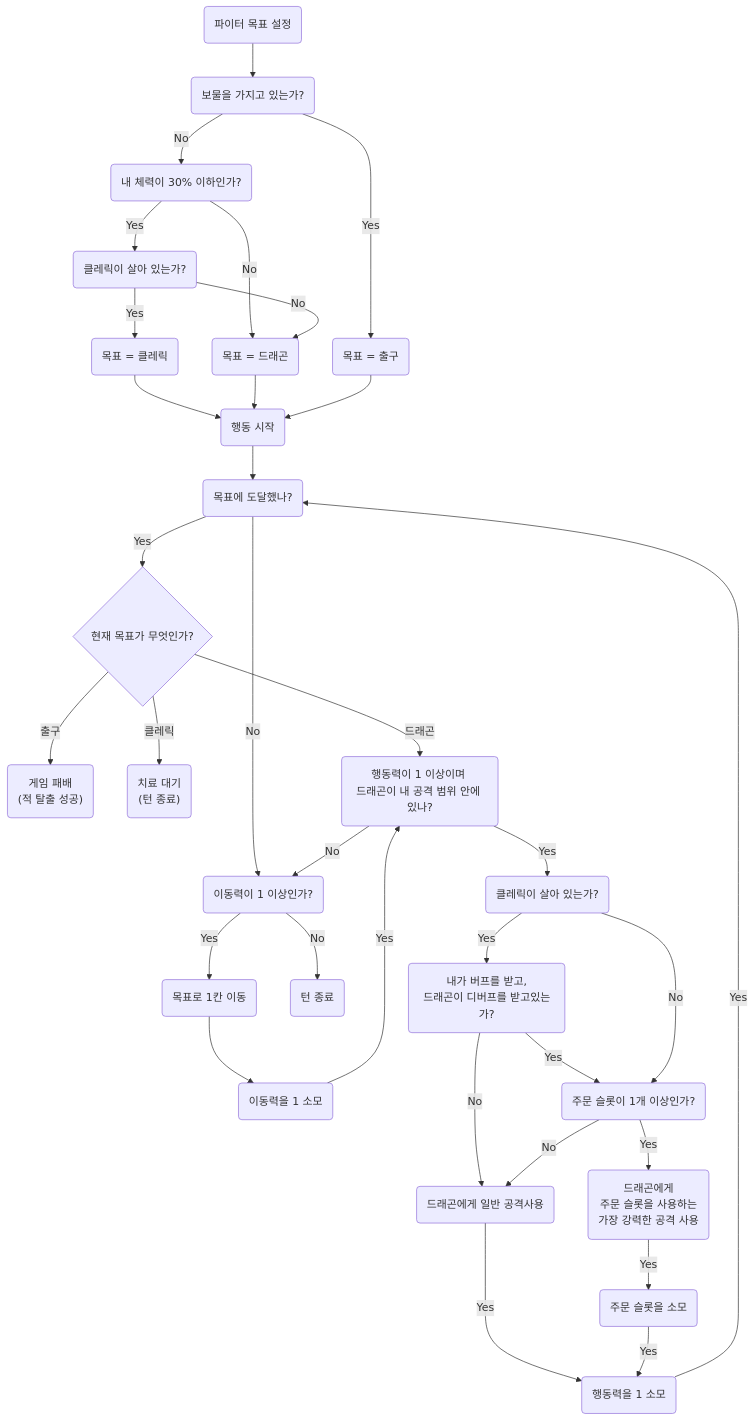
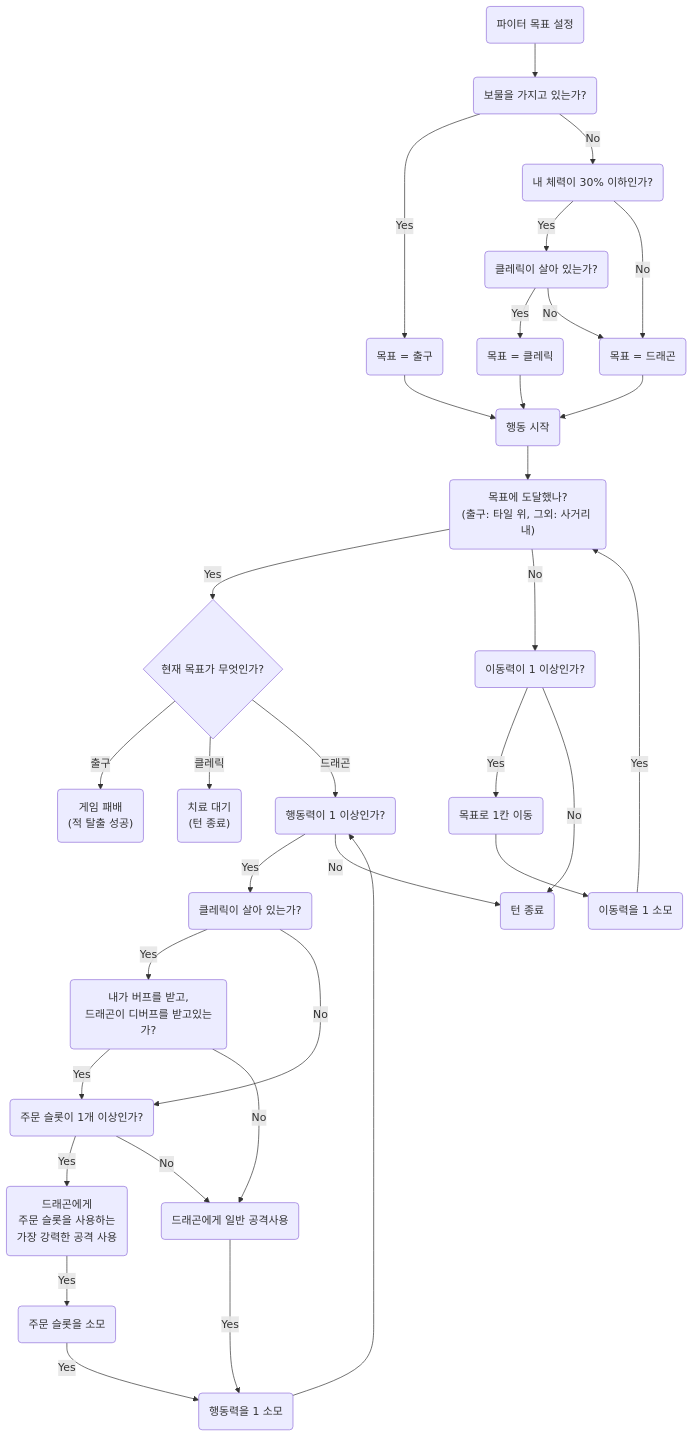
One commit to taekyung00/CodePistols_DragonicTactics changed the diagram in architecture/character_flowchart/fighter.mmd. Above: the diagram before and after it, drawn with Mermaid. The commit also changed 1 other file, not shown here.

```diff
--- a/architecture/character_flowchart/fighter.mmd
+++ b/architecture/character_flowchart/fighter.mmd
@@ -1,54 +1,53 @@
 flowchart TD
     %% Nodes for fighter
         SettingTarget("파이터 목표 설정")
         SettingTarget                                   --> AreWeInDanger("보물을 가지고 있는가?")
         
         AreWeInDanger--"Yes"                            --> TargetExit("목표 = 출구")
         AreWeInDanger--"No"                             --> AmIInDanger("내 체력이 30% 이하인가?")
         
         AmIInDanger--"Yes"                              --> IsClericAlive("클레릭이 살아 있는가?")
         AmIInDanger--"No"                               --> TargetDragon("목표 = 드래곤")
         
         IsClericAlive--"Yes"                            --> TargetCleric("목표 = 클레릭")
         IsClericAlive--"No"                             --> TargetDragon("목표 = 드래곤")
         
         
         TargetCleric                                    --> MoveStart("행동 시작")
         TargetDragon                                    --> MoveStart("행동 시작")
         TargetExit                                      --> MoveStart("행동 시작")
 
         MoveStart                                       --> AmIOnTarget("목표에 도달했나?<br>(출구: 타일 위, 그외: 사거리 내)")
 
         AmIOnTarget--"Yes"                              --> CheckTargetType{"현재 목표가 무엇인가?"}
         
         CheckTargetType--"출구"                         --> GameOver("게임 패배<br>(적 탈출 성공)")
         CheckTargetType--"클레릭"                       --> WaitHeal("치료 대기<br>(턴 종료)")
-        CheckTargetType--"드래곤"                       --> CanIAttack("행동력이 1 이상이며 <br>드래곤이 내 공격 범위 안에 있나?")
+        CheckTargetType--"드래곤"                       --> CanIAttack("행동력이 1 이상인가?")
 
         AmIOnTarget--"No"                               --> CanIMove("이동력이 1 이상인가?")
 
         CanIMove--"Yes"                                 --> MoveToTarget("목표로 1칸 이동")
         CanIMove--"No"                                  --> TurnEnd("턴 종료")
         MoveToTarget                                    --> DecreaseMovePoint("이동력을 1 소모")
 
         CanIAttack--"Yes"                               --> IsClericAlive2("클레릭이 살아 있는가?")
-        CanIAttack--"No"                                --> CanIMove("이동력이 1 이상인가?")
-        
+        CanIAttack--"No"                                --> TurnEnd("턴 종료")
         
         IsClericAlive2--"Yes<br>"                       --> DoIHaveBuffAndDoesDragonHasDebuff("내가 버프를 받고,<br>드래곤이 디버프를 받고있는가?")
         DoIHaveBuffAndDoesDragonHasDebuff--"Yes"        --> DoIHaveSpellSlot("주문 슬롯이 1개 이상인가?")
-        DoIHaveBuffAndDoesDragonHasDebuff--"No"         --> AttackDragon("드래곤에게 일반 공격사용<br>(주문 아끼기)")
+        DoIHaveBuffAndDoesDragonHasDebuff--"No"--> AttackDragon("드래곤에게 일반 공격사용<br>(주문 아끼기)")
         
-        IsClericAlive2--"No<br>"                        --> DoIHaveSpellSlot("주문 슬롯이 1개 이상인가?")
+        IsClericAlive2--"No<br>"--> DoIHaveSpellSlot("주문 슬롯이 1개 이상인가?")
         
-        DoIHaveSpellSlot--"Yes"                         --> SpellAttackDragon("드래곤에게<br>주문 슬롯을 사용하는<br>가장 강력한 공격 사용")
-        DoIHaveSpellSlot--"No"                          --> AttackDragon("드래곤에게 일반 공격사용")
+        DoIHaveSpellSlot--"Yes"--> SpellAttackDragon("드래곤에게<br>주문 슬롯을 사용하는<br>가장 강력한 공격 사용")
+        DoIHaveSpellSlot--"No"--> AttackDragon("드래곤에게 일반 공격사용")
 
-        AttackDragon--"Yes"                             --> DecreaseActionPoint("행동력을 1 소모")
+        AttackDragon--"Yes"--> DecreaseActionPoint("행동력을 1 소모")
 
-        SpellAttackDragon--"Yes"                        --> DecreaseSpellSlot("주문 슬롯을 소모")
-        DecreaseSpellSlot--"Yes"                        --> DecreaseActionPoint("행동력을 1 소모")
+        SpellAttackDragon--"Yes"--> DecreaseSpellSlot("주문 슬롯을 소모")
+        DecreaseSpellSlot--"Yes"--> DecreaseActionPoint("행동력을 1 소모")
 
-        DecreaseMovePoint--"Yes"                        --> CanIAttack("행동력이 1 이상이며 <br>드래곤이 내 공격 범위 안에 있나?")
+        DecreaseMovePoint--"Yes"--> AmIOnTarget("목표에 도달했나?<br>(출구: 타일 위, 그외: 사거리 내)")
         
-        DecreaseActionPoint--"Yes"                      --> AmIOnTarget("목표에 도달했나?")
+        DecreaseActionPoint--> CanIAttack("행동력이 1 이상인가?")
```
